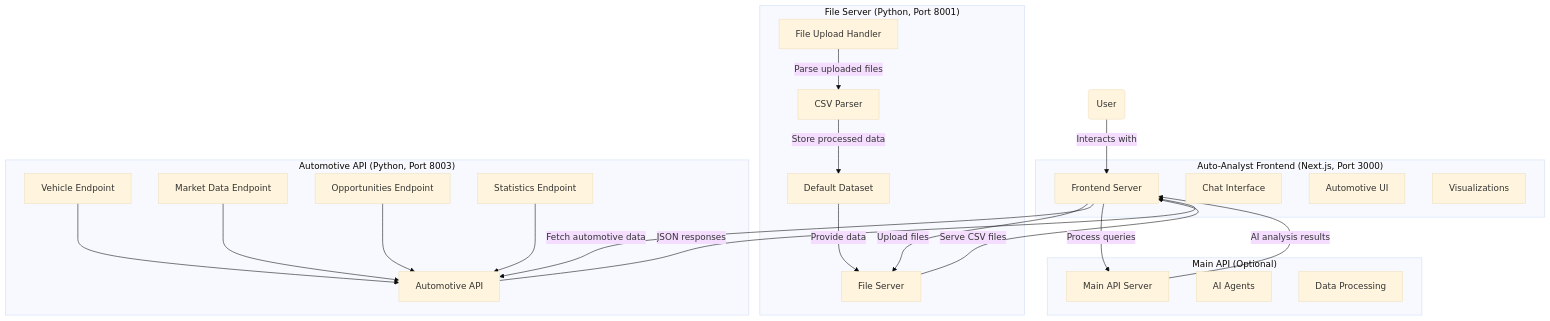
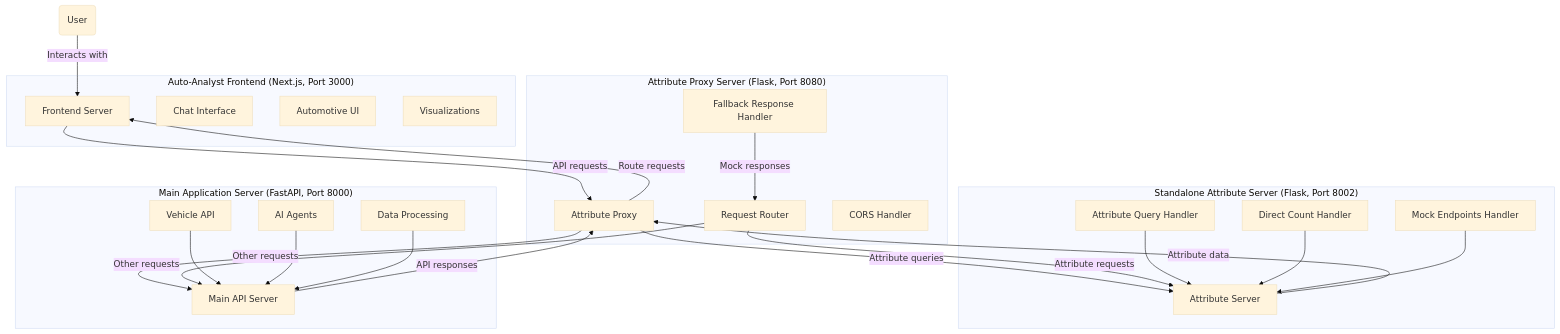
The first of 2 diagrams in docs/architecture.md (mondweep/Auto-Analyst), drawn with Mermaid (base theme) before and after one commit. The commit also changed other lines of this file and 3 other files, not shown here.

````diff
--- a/docs/architecture.md
+++ b/docs/architecture.md
@@ -17,49 +18,52 @@
 ```mermaid
 graph TD
     User(User) -->|Interacts with| Frontend
-    Frontend -->|Upload files| FileServer
-    Frontend -->|Fetch automotive data| AutomotiveAPI
-    Frontend -->|Process queries| API
+    Frontend -->|API requests| AttributeProxy
+    AttributeProxy -->|Attribute queries| AttributeServer
+    AttributeProxy -->|Other requests| MainApp
     
     subgraph "Auto-Analyst Frontend (Next.js, Port 3000)"
         Frontend[Frontend Server]
         ChatInterface[Chat Interface]
         AutomativeUI[Automotive UI]
         Visualizations[Visualizations]
     end
     
-    subgraph "File Server (Python, Port 8001)"
-        FileServer[File Server]
-        FileUpload[File Upload Handler]
-        CSVParser[CSV Parser]
-        DefaultDataset[Default Dataset]
+    subgraph "Attribute Proxy Server (Flask, Port 8080)"
+        AttributeProxy[Attribute Proxy]
+        ProxyRouter[Request Router]
+        FallbackHandler[Fallback Response Handler]
+        CORSHandler[CORS Handler]
     end
     
-    subgraph "Automotive API (Python, Port 8003)"
-        AutomotiveAPI[Automotive API]
-        VehicleEndpoint[Vehicle Endpoint]
-        MarketDataEndpoint[Market Data Endpoint]
-        OpportunitiesEndpoint[Opportunities Endpoint]
-        StatisticsEndpoint[Statistics Endpoint]
+    subgraph "Standalone Attribute Server (Flask, Port 8002)"
+        AttributeServer[Attribute Server]
+        AttributeQuery[Attribute Query Handler]
+        DirectCount[Direct Count Handler]
+        MockEndpoints[Mock Endpoints Handler]
     end
     
-    subgraph "Main API (Optional)"
-        API[Main API Server]
+    subgraph "Main Application Server (FastAPI, Port 8000)"
+        MainApp[Main API Server]
         AIAgents[AI Agents]
         DataProcessing[Data Processing]
+        VehicleAPI[Vehicle API]
     end
 
-    FileServer -->|Serve CSV files| Frontend
-    AutomotiveAPI -->|JSON responses| Frontend
-    API -->|AI analysis results| Frontend
+    AttributeProxy -->|Route requests| Frontend
+    AttributeServer -->|Attribute data| AttributeProxy
+    MainApp -->|API responses| AttributeProxy
 
     %% Data flow between components
-    FileUpload -->|Parse uploaded files| CSVParser
-    CSVParser -->|Store processed data| DefaultDataset
-    DefaultDataset -->|Provide data| FileServer
+    ProxyRouter -->|Attribute requests| AttributeServer
+    ProxyRouter -->|Other requests| MainApp
+    FallbackHandler -->|Mock responses| ProxyRouter
     
-    VehicleEndpoint --> AutomotiveAPI
-    MarketDataEndpoint --> AutomotiveAPI
-    OpportunitiesEndpoint --> AutomotiveAPI
-    StatisticsEndpoint --> AutomotiveAPI
+    AttributeQuery --> AttributeServer
+    DirectCount --> AttributeServer
+    MockEndpoints --> AttributeServer
+    
+    VehicleAPI --> MainApp
+    AIAgents --> MainApp
+    DataProcessing --> MainApp
 ```
````
